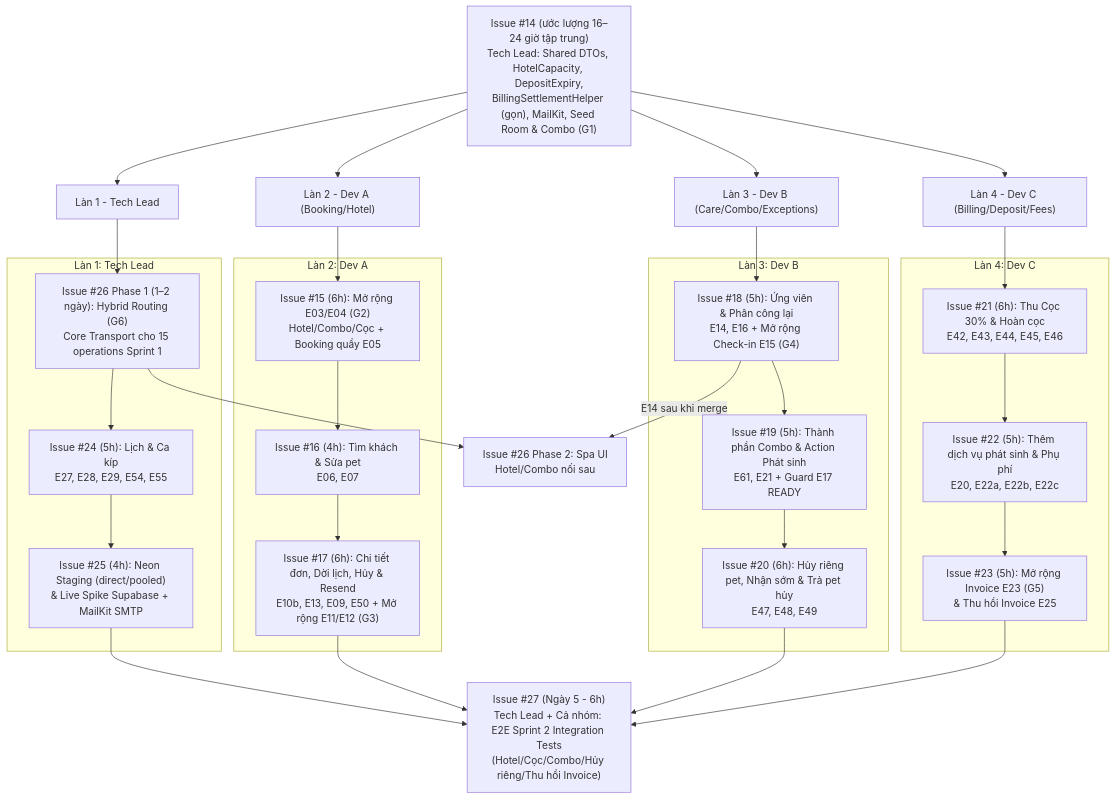
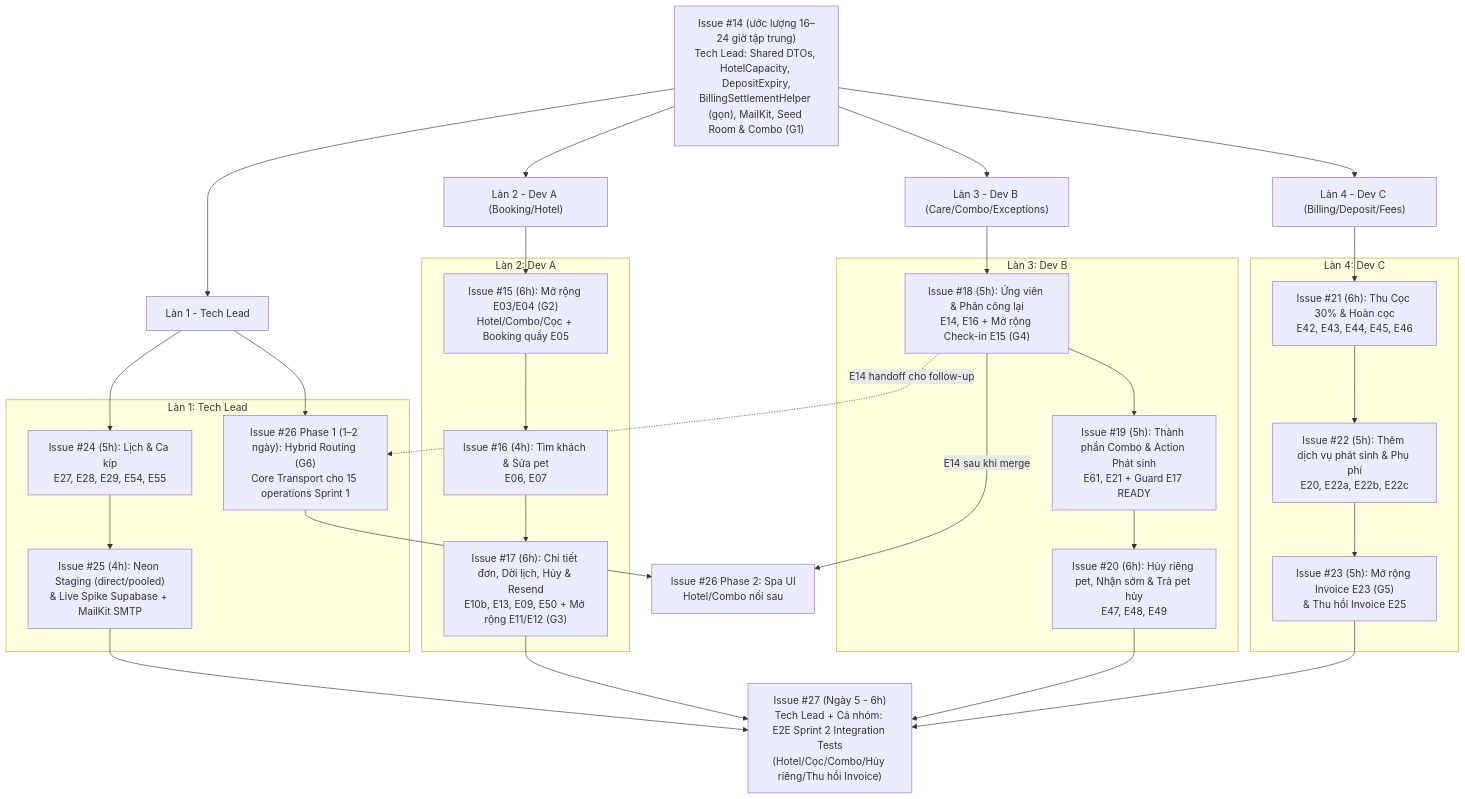
The diagram in docs/plans/sprint-2/sprint-2-plan.md (kdr1416/SE310-spa-pet-and-hotel), drawn with Mermaid before and after one commit. The commit also changed other lines of this file and 3 other files, not shown here.

````diff
--- a/docs/plans/sprint-2/sprint-2-plan.md
+++ b/docs/plans/sprint-2/sprint-2-plan.md
@@ -94,49 +108,51 @@
 ```mermaid
 flowchart TD
     I14["Issue #14 (ước lượng 16–24 giờ tập trung)<br/>Tech Lead: Shared DTOs, HotelCapacity, DepositExpiry,<br/>BillingSettlementHelper (gọn), MailKit, Seed Room & Combo (G1)"]
     
     I14 --> L_LEAD["Làn 1 - Tech Lead"]
     I14 --> L_DEVA["Làn 2 - Dev A (Booking/Hotel)"]
     I14 --> L_DEVB["Làn 3 - Dev B (Care/Combo/Exceptions)"]
     I14 --> L_DEVC["Làn 4 - Dev C (Billing/Deposit/Fees)"]
 
     subgraph Lane1["Làn 1: Tech Lead"]
         I26["Issue #26 Phase 1 (1–2 ngày): Hybrid Routing (G6)<br/>Core Transport cho 15 operations Sprint 1"]
         I24["Issue #24 (5h): Lịch & Ca kíp<br/>E27, E28, E29, E54, E55"]
         I25["Issue #25 (4h): Neon Staging (direct/pooled)<br/>& Live Spike Supabase + MailKit SMTP"]
-        I26 --> I24 --> I25
+        I24 --> I25
     end
 
     subgraph Lane2["Làn 2: Dev A"]
         I15["Issue #15 (6h): Mở rộng E03/E04 (G2)<br/>Hotel/Combo/Cọc + Booking quầy E05"]
         I16["Issue #16 (4h): Tìm khách & Sửa pet<br/>E06, E07"]
         I17["Issue #17 (6h): Chi tiết đơn, Dời lịch, Hủy & Resend<br/>E10b, E13, E09, E50 + Mở rộng E11/E12 (G3)"]
         I15 --> I16 --> I17
     end
 
     subgraph Lane3["Làn 3: Dev B"]
         I18["Issue #18 (5h): Ứng viên & Phân công lại<br/>E14, E16 + Mở rộng Check-in E15 (G4)"]
         I19["Issue #19 (5h): Thành phần Combo & Action Phát sinh<br/>E61, E21 + Guard E17 READY"]
         I20["Issue #20 (6h): Hủy riêng pet, Nhận sớm & Trả pet hủy<br/>E47, E48, E49"]
         I18 --> I19 --> I20
     end
 
     subgraph Lane4["Làn 4: Dev C"]
         I21["Issue #21 (6h): Thu Cọc 30% & Hoàn cọc<br/>E42, E43, E44, E45, E46"]
         I22["Issue #22 (5h): Thêm dịch vụ phát sinh & Phụ phí<br/>E20, E22a, E22b, E22c"]
         I23["Issue #23 (5h): Mở rộng Invoice E23 (G5)<br/>& Thu hồi Invoice E25"]
         I21 --> I22 --> I23
     end
 
     L_LEAD --> I26
+    L_LEAD --> I24
+    I18 -.->|E14 handoff cho follow-up| I26
     L_DEVA --> I15
     L_DEVB --> I18
     L_DEVC --> I21
 
     I25 --> I27["Issue #27 (Ngày 5 - 6h)<br/>Tech Lead + Cả nhóm: E2E Sprint 2 Integration Tests<br/>(Hotel/Cọc/Combo/Hủy riêng/Thu hồi Invoice)"]
     I17 --> I27
     I20 --> I27
     I23 --> I27
     I26 --> UI2["Issue #26 Phase 2: Spa UI<br/>Hotel/Combo nối sau"]
     I18 -->|E14 sau khi merge| UI2
 ```
````
